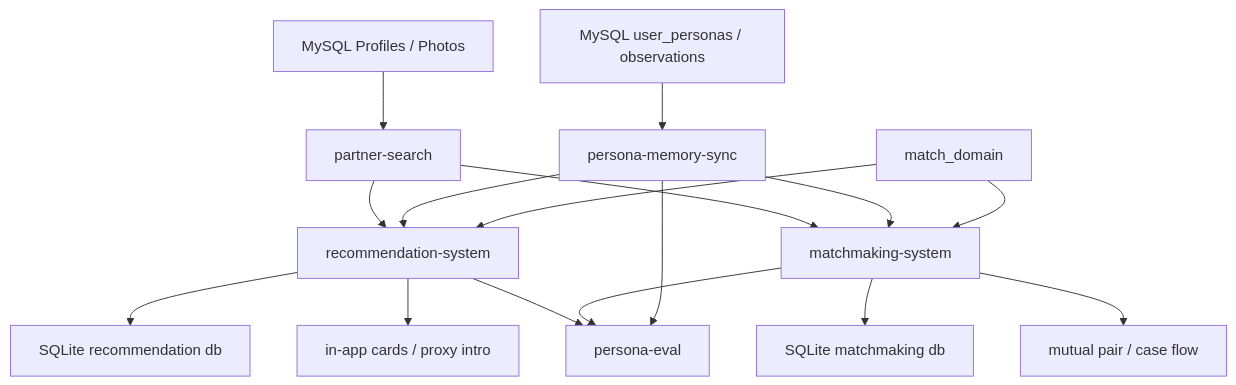
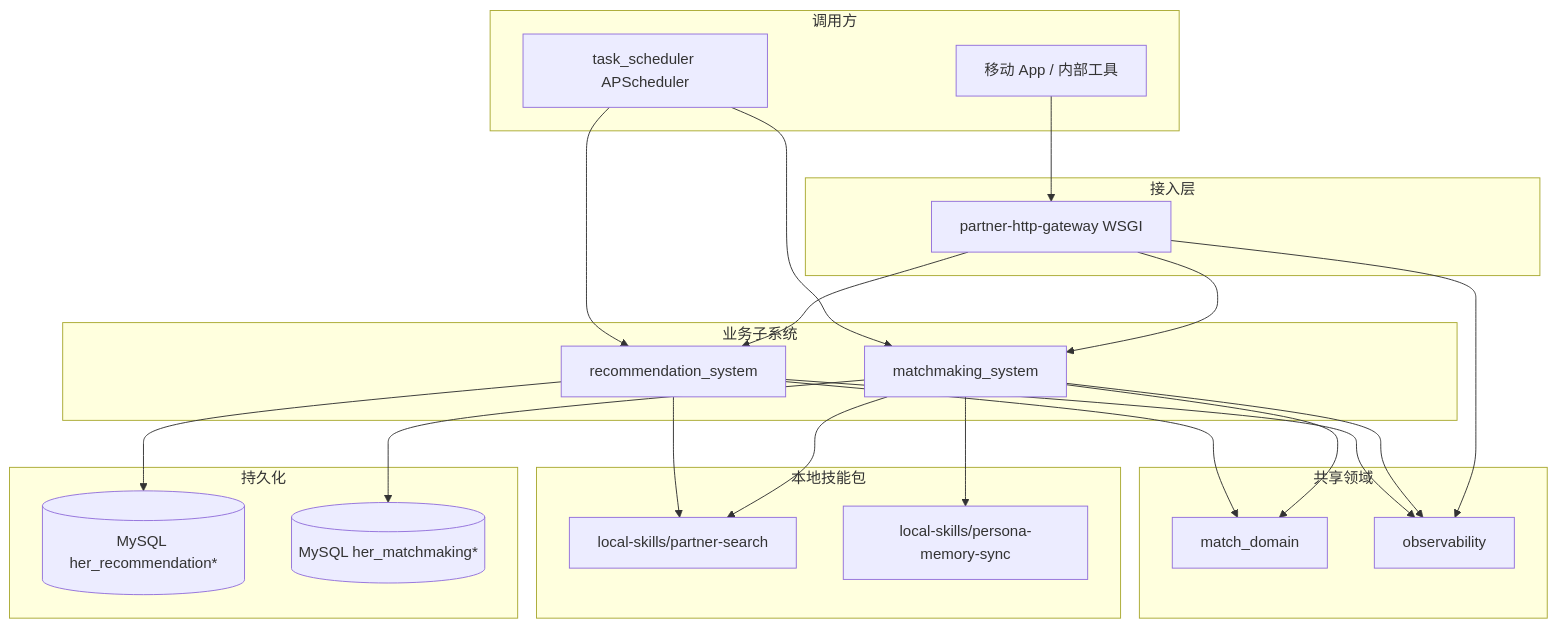
One commit to sunmuchao/Her changed the diagram in SYSTEM_DOC.md. Above: the diagram before and after it, drawn with Mermaid. The commit also changed other lines of this file and 23 other files, not shown here.

First line of the commit message:
refactor: shared repo bootstrap, MySQL row helpers, pytest gateway_tests

````diff
--- a/SYSTEM_DOC.md
+++ b/SYSTEM_DOC.md
@@ -117,18 +48,47 @@
 ```mermaid
-flowchart TD
-    A[MySQL Profiles / Photos] --> B[partner-search]
-    C[MySQL user_personas / observations] --> D[persona-memory-sync]
-    B --> E[recommendation-system]
-    B --> F[matchmaking-system]
-    D --> E
-    D --> F
-    G[match_domain] --> E
-    G --> F
-    E --> H[SQLite recommendation db]
-    F --> I[SQLite matchmaking db]
-    E --> J[in-app cards / proxy intro]
-    F --> K[mutual pair / case flow]
-    E --> L[persona-eval]
-    F --> L
-    D --> L
+flowchart TB
+  subgraph clients [调用方]
+    App[移动 App / 内部工具]
+    Cron[task_scheduler APScheduler]
+  end
+
+  subgraph edge [接入层]
+    GW[partner-http-gateway WSGI]
+  end
+
+  subgraph domain [共享领域]
+    MD[match_domain]
+    OBS[observability]
+  end
+
+  subgraph services [业务子系统]
+    REC[recommendation_system]
+    MM[matchmaking_system]
+  end
+
+  subgraph skills [本地技能包]
+    PS[local-skills/partner-search]
+    PM[local-skills/persona-memory-sync]
+  end
+
+  subgraph data [持久化]
+    MySQL_REC[(MySQL her_recommendation*)]
+    MySQL_MM[(MySQL her_matchmaking*)]
+  end
+
+  App --> GW
+  Cron --> REC
+  Cron --> MM
+  GW --> REC
+  GW --> MM
+  REC --> MD
+  MM --> MD
+  REC --> OBS
+  MM --> OBS
+  GW --> OBS
+  REC --> PS
+  MM --> PS
+  MM --> PM
+  REC --> MySQL_REC
+  MM --> MySQL_MM
 ```
````
